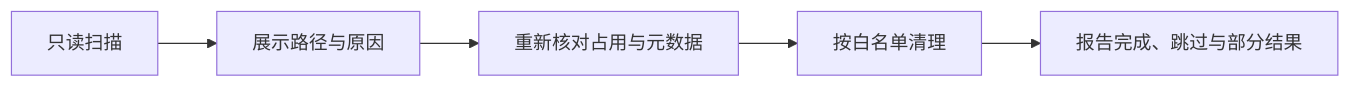
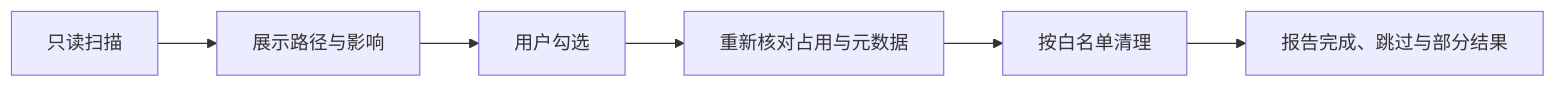
The diagram in README.md (zimuoo/FeatherSweep), drawn with Mermaid before and after one commit. The commit also changed other lines of this file and 20 other files, not shown here.

````diff
--- a/README.md
+++ b/README.md
@@ -72,7 +97,8 @@
 ```mermaid
 flowchart LR
-    A[只读扫描] --> B[展示路径与原因]
-    B --> C[重新核对占用与元数据]
+    A[只读扫描] --> B[展示路径与影响]
+    B --> S[用户勾选]
+    S --> C[重新核对占用与元数据]
     C --> D[按白名单清理]
     D --> E[报告完成、跳过与部分结果]
 ```
````
